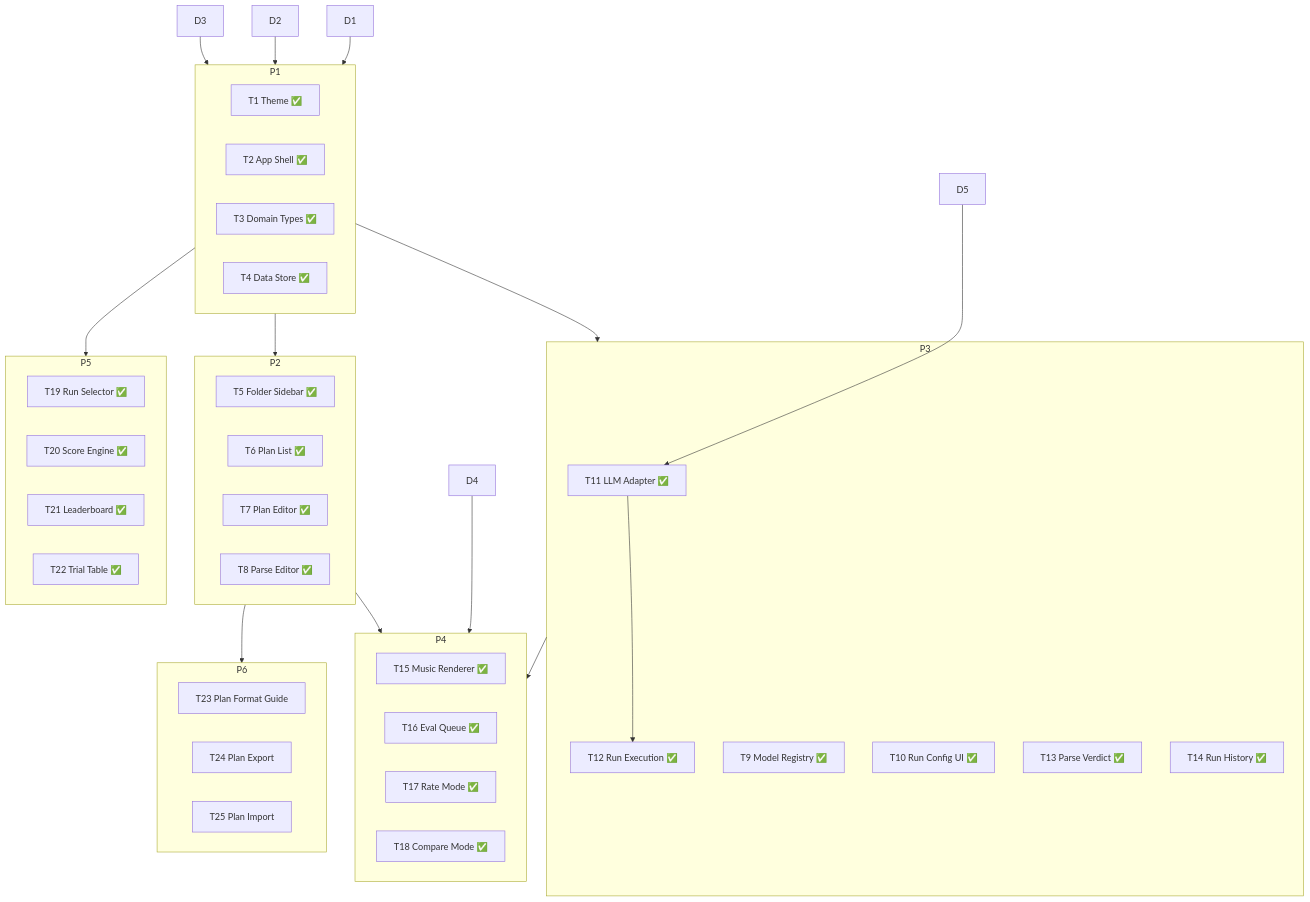
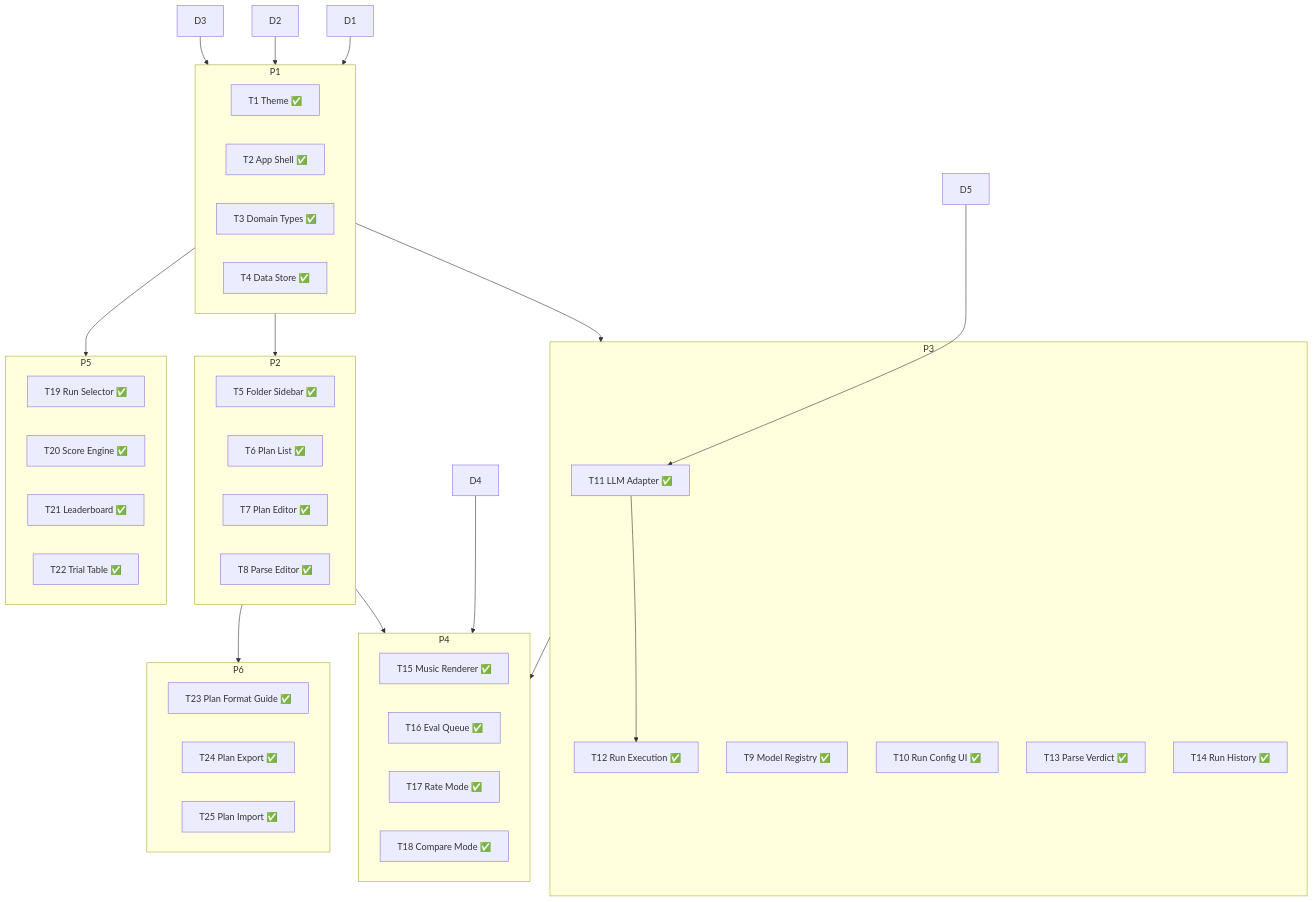
Before and after one commit to joelbreit/music-bench: the diagram in docs/roadmap.md, drawn with Mermaid. The commit also changed other lines of this file and 3 other files, not shown here.

Commit message:
T25 — Plan Import

````diff
--- a/docs/roadmap.md
+++ b/docs/roadmap.md
@@ -61,57 +61,57 @@
 ```mermaid
 graph TD
     D1 & D2 & D3 --> P1
 
     P1[Phase 1: Foundation] --> P2[Phase 2: Build]
     P1 --> P3[Phase 3: Run]
     P1 --> P5[Phase 5: Explore]
     D4 --> P4[Phase 4: Evaluate]
     P2 --> P4
     P3 --> P4
     D5 --> T11
     T11 --> T12
     P2 --> P6[Phase 6: Import/Export]
 
     subgraph P1
         T1[T1 Theme ✅]
         T2[T2 App Shell ✅]
         T3[T3 Domain Types ✅]
         T4[T4 Data Store ✅]
     end
 
     subgraph P2
         T5[T5 Folder Sidebar ✅]
         T6[T6 Plan List ✅]
         T7[T7 Plan Editor ✅]
         T8[T8 Parse Editor ✅]
     end
 
     subgraph P3
         T9[T9 Model Registry ✅]
         T10[T10 Run Config UI ✅]
         T11[T11 LLM Adapter ✅]
         T12[T12 Run Execution ✅]
         T13[T13 Parse Verdict ✅]
         T14[T14 Run History ✅]
     end
 
     subgraph P4
         T15[T15 Music Renderer ✅]
         T16[T16 Eval Queue ✅]
         T17[T17 Rate Mode ✅]
         T18[T18 Compare Mode ✅]
     end
 
     subgraph P5
         T19[T19 Run Selector ✅]
         T20[T20 Score Engine ✅]
         T21[T21 Leaderboard ✅]
         T22[T22 Trial Table ✅]
     end
 
     subgraph P6
-        T23[T23 Plan Format Guide]
-        T24[T24 Plan Export]
-        T25[T25 Plan Import]
+        T23[T23 Plan Format Guide ✅]
+        T24[T24 Plan Export ✅]
+        T25[T25 Plan Import ✅]
     end
 ```
````
